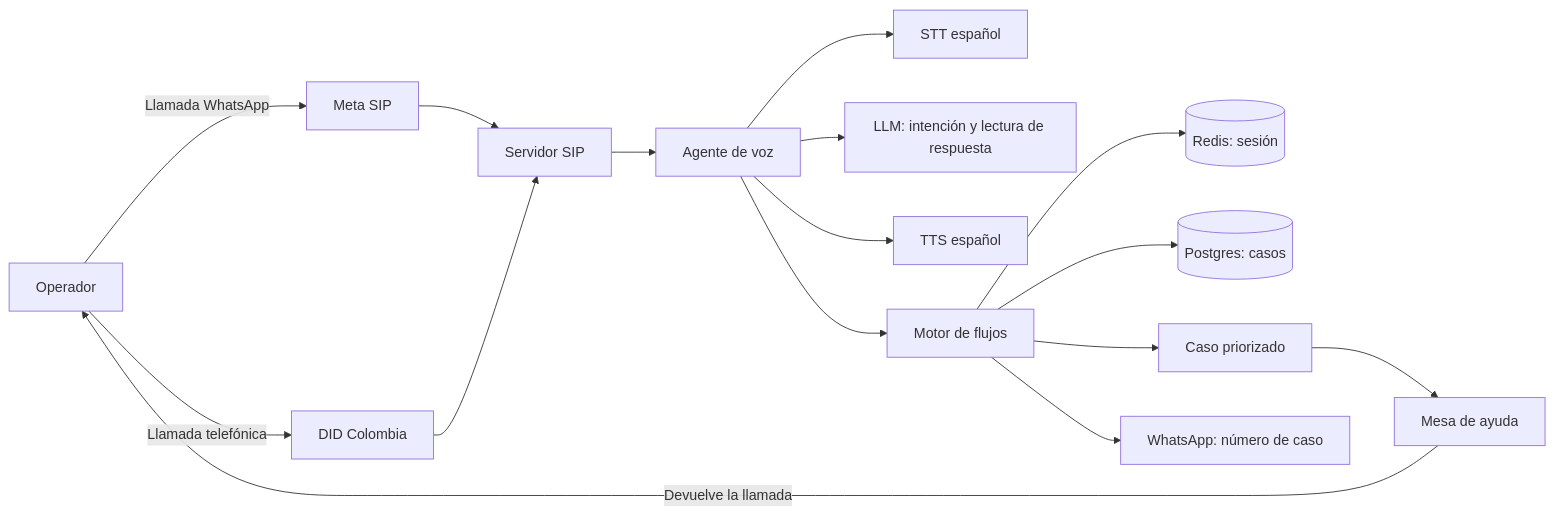
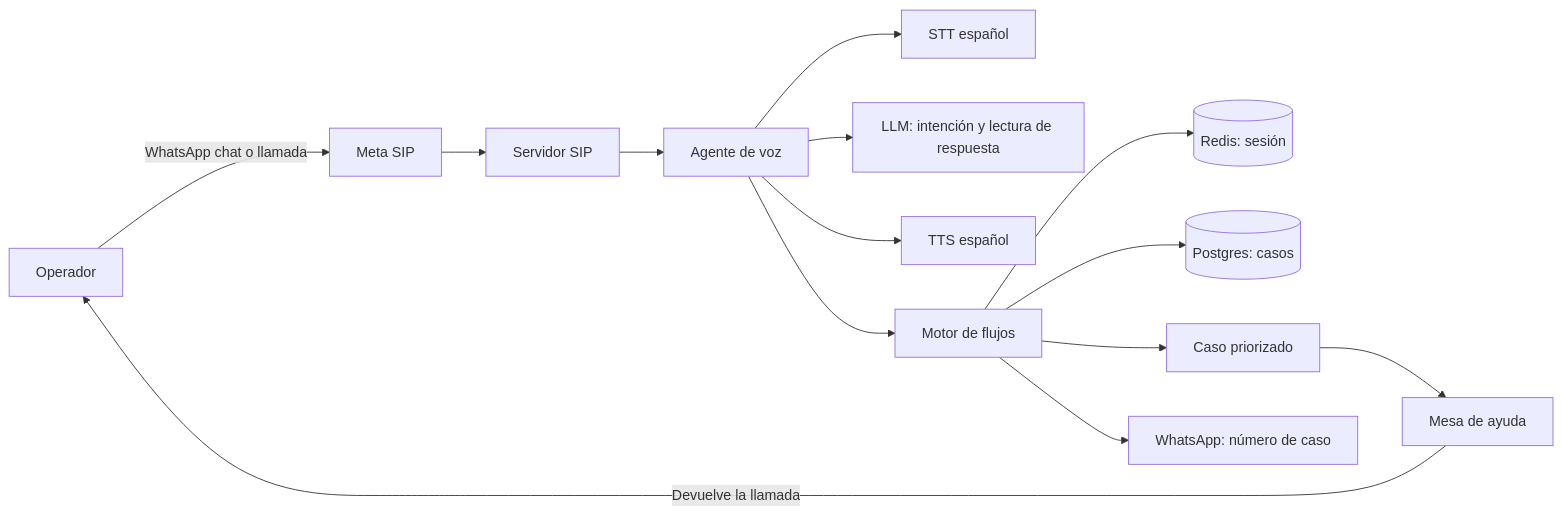
The first of 2 diagrams in docs/analisis-agente-voz.md (shell931/ov-ia-support-incripcion-campo), drawn with Mermaid before and after one commit. The commit also changed other lines of this file and 7 other files, not shown here.

First line of the commit message:
Dejar WhatsApp como único canal de entrada (chat y llamada).

````diff
--- a/docs/analisis-agente-voz.md
+++ b/docs/analisis-agente-voz.md
@@ -94,18 +85,16 @@
 ```mermaid
 flowchart LR
-  OP[Operador] -->|Llamada WhatsApp| META[Meta SIP]
-  OP -->|Llamada telefónica| DID[DID Colombia]
+  OP[Operador] -->|WhatsApp chat o llamada| META[Meta SIP]
   META --> SIP[Servidor SIP]
-  DID --> SIP
   SIP --> AG[Agente de voz]
   AG --> STT[STT español]
   AG --> LLM[LLM: intención y lectura de respuesta]
   AG --> TTS[TTS español]
   AG --> FL[Motor de flujos]
   FL --> RD[(Redis: sesión)]
   FL --> PG[(Postgres: casos)]
   FL --> TK[Caso priorizado]
   FL --> WA[WhatsApp: número de caso]
   TK --> MESA[Mesa de ayuda]
   MESA -->|Devuelve la llamada| OP
 ```
````
